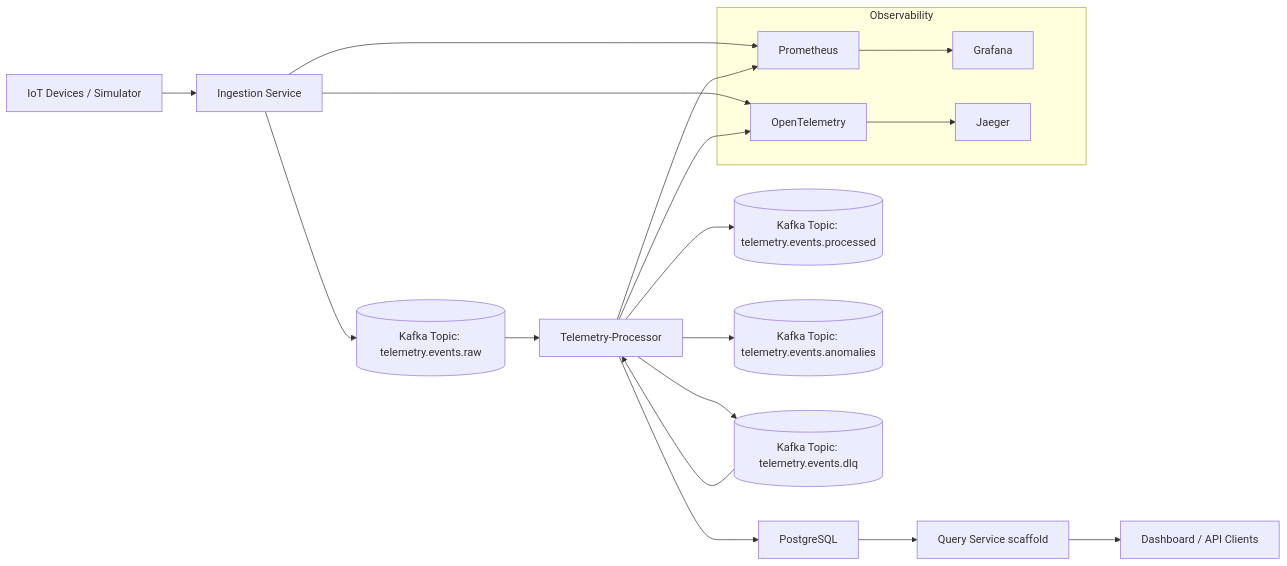
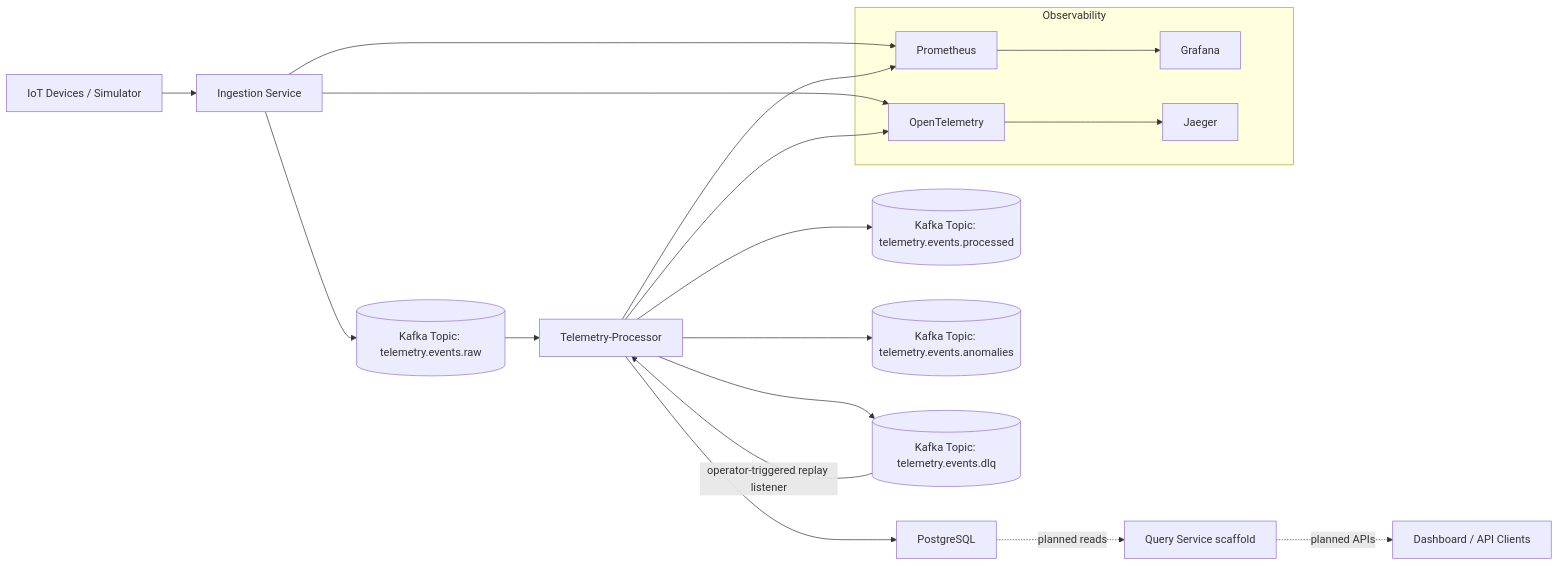
The diagram in docs/diagrams/system-architecture.md (ME-Massine/pulsestream), drawn with Mermaid before and after one commit. The commit also changed 11 other files, not shown here.

````diff
--- a/docs/diagrams/system-architecture.md
+++ b/docs/diagrams/system-architecture.md
@@ -5,32 +5,32 @@
 ```mermaid
 flowchart LR
     A[IoT Devices / Simulator] --> B[Ingestion Service]
     B --> T1[(Kafka Topic: telemetry.events.raw)]
 
     T1 --> C[Telemetry-Processor]
     C --> T2[(Kafka Topic: telemetry.events.processed )]
     C --> T3[(Kafka Topic: telemetry.events.anomalies)]
     C --> T4[(Kafka Topic: telemetry.events.dlq)]
 
-    T4 --> C
+    T4 -->|operator-triggered replay listener| C
 
     C --> D[PostgreSQL]
-    D --> E[Query Service scaffold]
-    E --> F[Dashboard / API Clients]
+    D -.->|planned reads| E[Query Service scaffold]
+    E -.->|planned APIs| F[Dashboard / API Clients]
 
     subgraph Observability
         P[Prometheus]
         G[Grafana]
         O[OpenTelemetry]
         J[Jaeger]
     end
 
     B --> P
     C --> P
 
     B --> O
     C --> O
 
     P --> G
     O --> J
 ```
````
